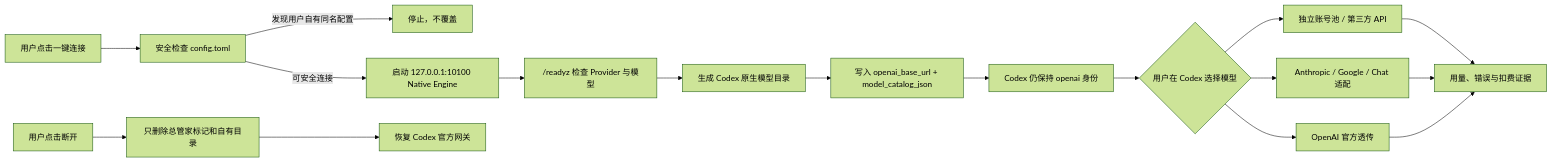
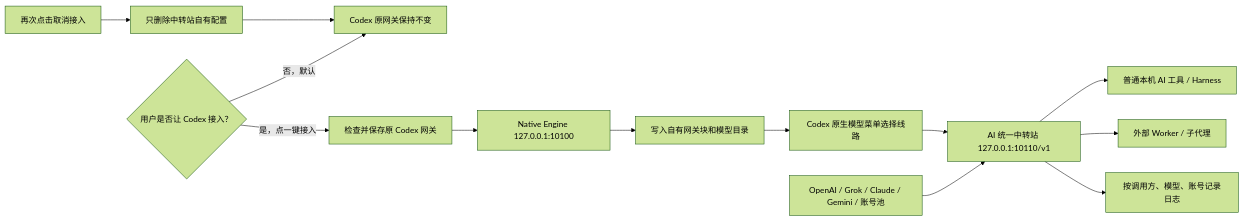
Before and after one commit to jejee122/CodexTotalManager: the diagram in README.md, drawn with Mermaid (forest theme). The commit also changed other lines of this file and 70 other files, not shown here.

````diff
--- a/README.md
+++ b/README.md
@@ -114,19 +127,17 @@
 ```mermaid
 flowchart LR
-    U["用户点击一键连接"] --> C["安全检查 config.toml"]
-    C -->|"发现用户自有同名配置"| STOP["停止，不覆盖"]
-    C -->|"可安全连接"| N["启动 127.0.0.1:10100 Native Engine"]
-    N --> R["/readyz 检查 Provider 与模型"]
-    R --> M["生成 Codex 原生模型目录"]
-    M --> W["写入 openai_base_url + model_catalog_json"]
-    W --> X["Codex 仍保持 openai 身份"]
-    X --> P{"用户在 Codex 选择模型"}
-    P --> O["OpenAI 官方透传"]
-    P --> A["独立账号池 / 第三方 API"]
-    P --> G["Anthropic / Google / Chat 适配"]
-    A --> L["用量、错误与扣费证据"]
-    G --> L
-    O --> L
-    D["用户点击断开"] --> E["只删除总管家标记和自有目录"]
-    E --> F["恢复 Codex 官方网关"]
+    S["OpenAI / Grok / Claude / Gemini / 账号池"] --> G["AI 统一中转站 127.0.0.1:10110/v1"]
+    G --> H["普通本机 AI 工具 / Harness"]
+    G --> W["外部 Worker / 子代理"]
+    G --> L["按调用方、模型、账号记录日志"]
+
+    C{"用户是否让 Codex 接入？"}
+    C -->|"否，默认"| K["Codex 原网关保持不变"]
+    C -->|"是，点一键接入"| V["检查并保存原 Codex 网关"]
+    V --> N["Native Engine 127.0.0.1:10100"]
+    N --> M["写入自有网关块和模型目录"]
+    M --> X["Codex 原生模型菜单选择线路"]
+    X --> G
+    D["再次点击取消接入"] --> E["只删除中转站自有配置"]
+    E --> K
 ```
````
